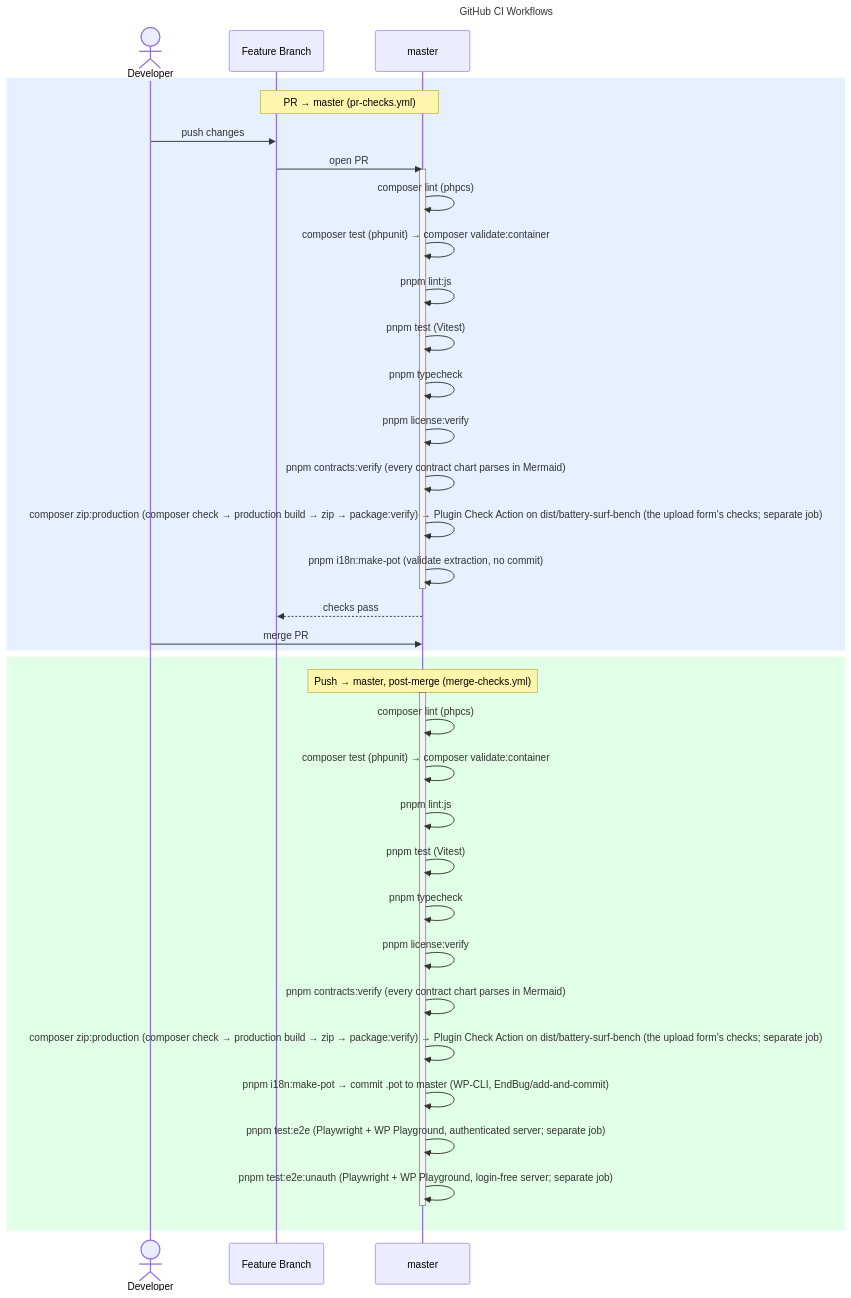
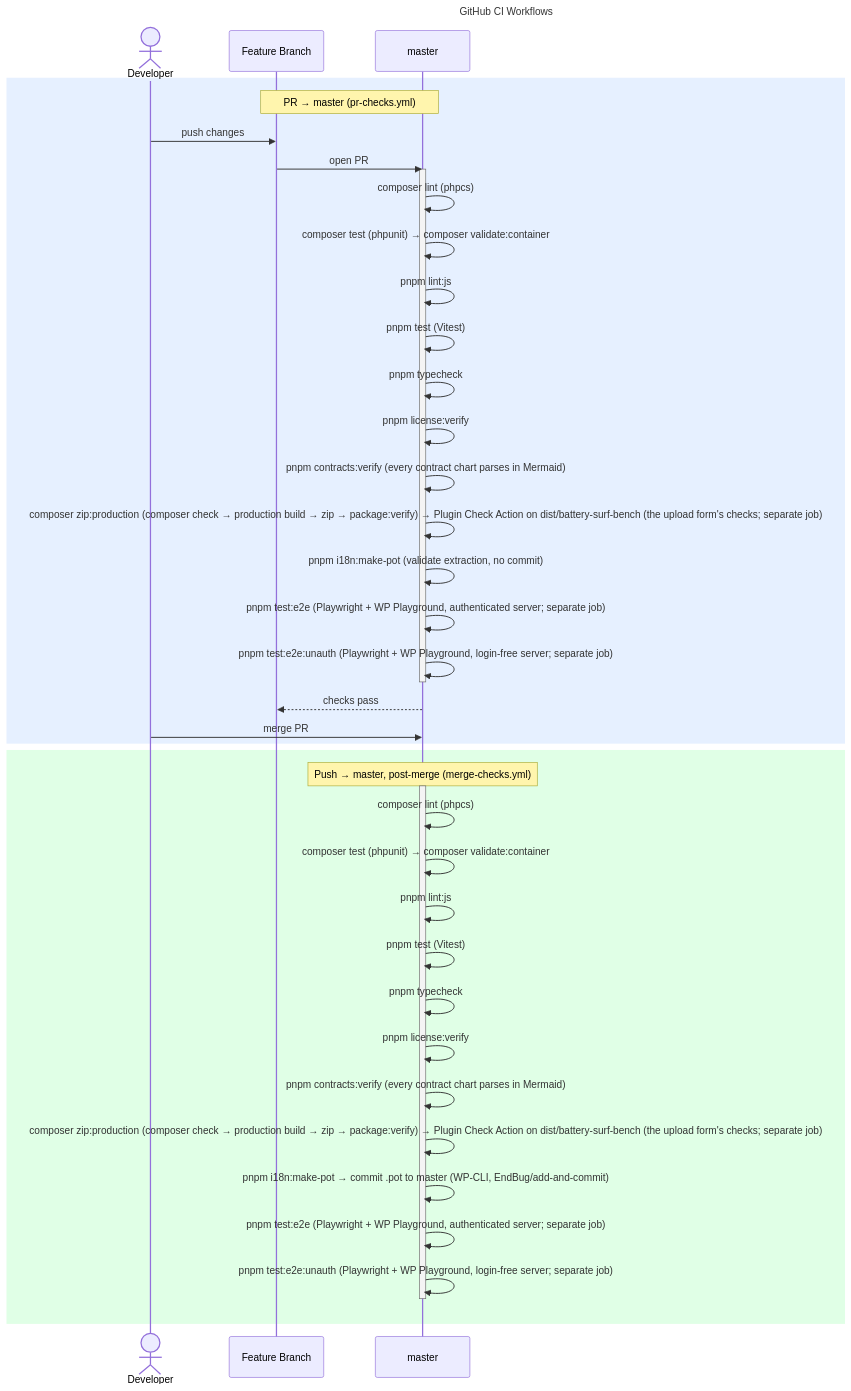
Before and after one commit to erdembircan/battery-surf-bench: the diagram in docs/contracts/ci-workflow.mmd, drawn with Mermaid. The commit also changed 4 other files, not shown here.

```diff
--- a/docs/contracts/ci-workflow.mmd
+++ b/docs/contracts/ci-workflow.mmd
@@ -1,46 +1,48 @@
 ---
 title: GitHub CI Workflows
 ---
 %% Characters Mermaid would misread inside a label are written as entity codes,
 %% which render as the character itself: #58; ':', #59; ';', #40; '(', #41; ')',
 %% #123; '{', #125; '}'. See "Keeping Charts Parseable" in CLAUDE.md.
 sequenceDiagram
     actor Dev as Developer
     participant FB as Feature Branch
     participant M as master
 
     rect rgb(230, 240, 255)
         Note over FB,M: PR → master (pr-checks.yml)
         Dev->>FB: push changes
         FB->>M: open PR
         activate M
         M->>M: composer lint (phpcs)
         M->>M: composer test (phpunit) → composer validate:container
         M->>M: pnpm lint:js
         M->>M: pnpm test (Vitest)
         M->>M: pnpm typecheck
         M->>M: pnpm license:verify
         M->>M: pnpm contracts:verify (every contract chart parses in Mermaid)
         M->>M: composer zip:production (composer check → production build → zip → package:verify) → Plugin Check Action on dist/battery-surf-bench (the upload form's checks#59; separate job)
         M->>M: pnpm i18n:make-pot (validate extraction, no commit)
+        M->>M: pnpm test:e2e (Playwright + WP Playground, authenticated server#59; separate job)
+        M->>M: pnpm test:e2e:unauth (Playwright + WP Playground, login-free server#59; separate job)
         deactivate M
         M-->>FB: checks pass
         Dev->>M: merge PR
     end
 
     rect rgb(224, 255, 230)
         Note over M: Push → master, post-merge (merge-checks.yml)
         activate M
         M->>M: composer lint (phpcs)
         M->>M: composer test (phpunit) → composer validate:container
         M->>M: pnpm lint:js
         M->>M: pnpm test (Vitest)
         M->>M: pnpm typecheck
         M->>M: pnpm license:verify
         M->>M: pnpm contracts:verify (every contract chart parses in Mermaid)
         M->>M: composer zip:production (composer check → production build → zip → package:verify) → Plugin Check Action on dist/battery-surf-bench (the upload form's checks#59; separate job)
         M->>M: pnpm i18n:make-pot → commit .pot to master (WP-CLI, EndBug/add-and-commit)
         M->>M: pnpm test:e2e (Playwright + WP Playground, authenticated server#59; separate job)
         M->>M: pnpm test:e2e:unauth (Playwright + WP Playground, login-free server#59; separate job)
         deactivate M
     end
```
